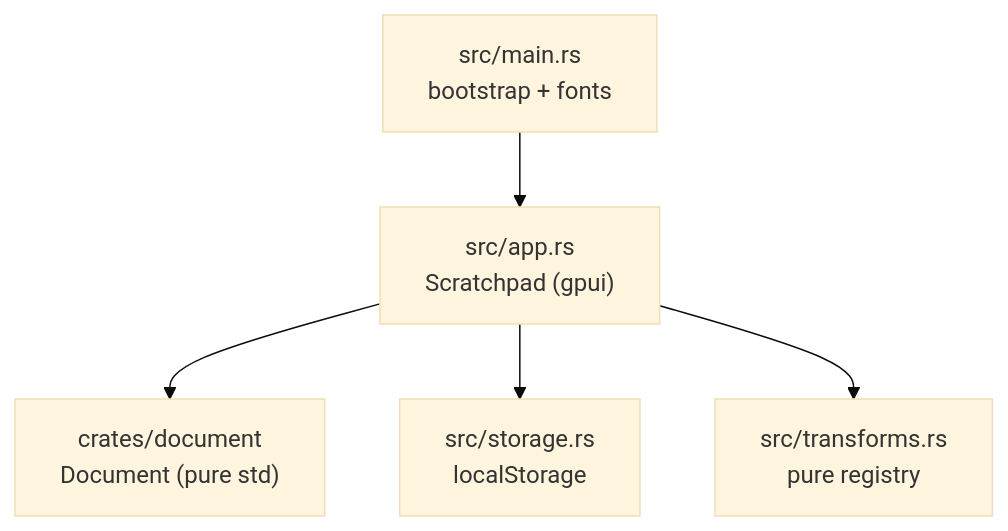
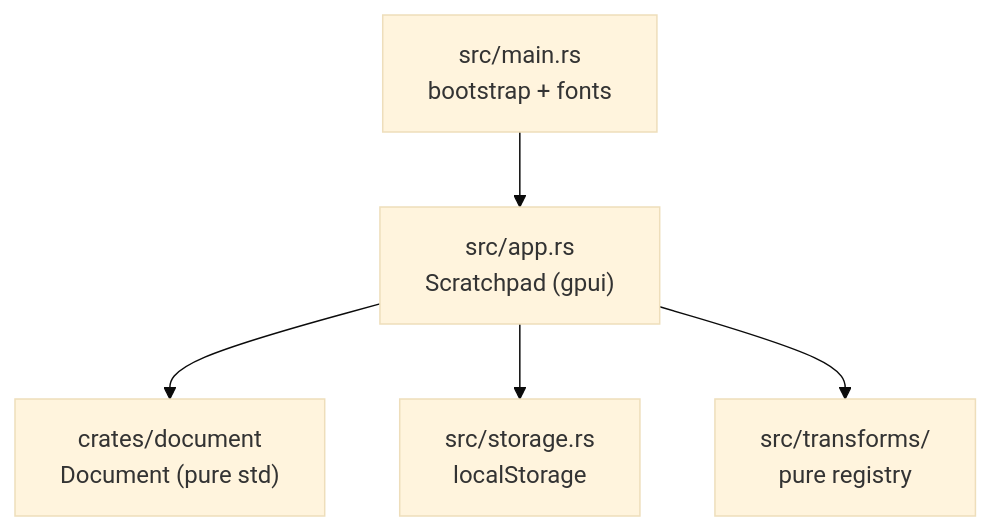
The diagram in AGENTS.md (sulliwan/ZapSlab), drawn with Mermaid (base theme) before and after one commit. The commit also changed other lines of this file and 4 other files, not shown here.

````diff
--- a/AGENTS.md
+++ b/AGENTS.md
@@ -75,7 +76,7 @@
 ```mermaid
 flowchart TD
     main["src/main.rs<br/>bootstrap + fonts"] --> app["src/app.rs<br/>Scratchpad (gpui)"]
     app --> doc["crates/document<br/>Document (pure std)"]
     app --> storage["src/storage.rs<br/>localStorage"]
-    app --> transforms["src/transforms.rs<br/>pure registry"]
+    app --> transforms["src/transforms/<br/>pure registry"]
 ```
````
